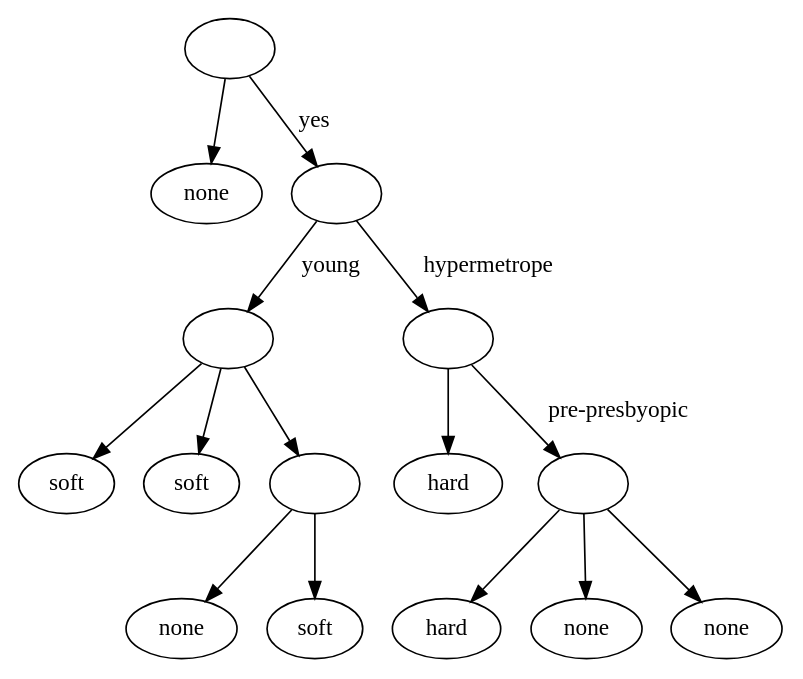
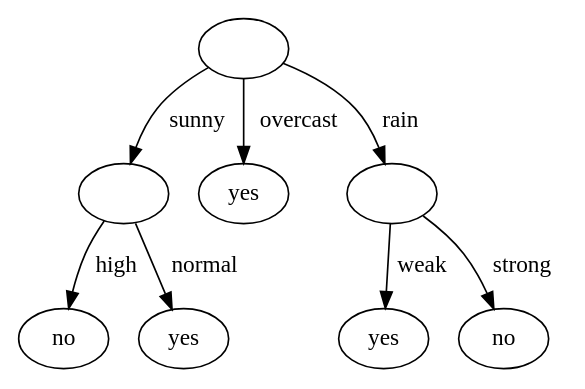
One commit to lelouch01234/decision-tree changed the diagram in output/tree.dot. Above: the diagram before and after it, drawn with Graphviz. The commit also changed 2 other files, not shown here.

```diff
--- a/output/tree.dot
+++ b/output/tree.dot
@@ -1,32 +1,18 @@
 digraph DecisionTree {
 graph [ordering="out"];
   0 [label=""];
-  0 -> 1 [label=" "];
-  1 [label="none"];
-  0 -> 2 [label=" yes"];
-  2 [label=""];
-  2 -> 3 [label=" young"];
-  3 [label=""];
-  3 -> 4 [label=" "];
-  4 [label="soft"];
-  3 -> 5 [label=" "];
-  5 [label="soft"];
-  3 -> 6 [label=" "];
-  6 [label=""];
-  6 -> 7 [label=" "];
-  7 [label="none"];
-  6 -> 8 [label=" "];
-  8 [label="soft"];
-  2 -> 9 [label=" hypermetrope"];
-  9 [label=""];
-  9 -> 10 [label=" "];
-  10 [label="hard"];
-  9 -> 11 [label=" pre-presbyopic"];
-  11 [label=""];
-  11 -> 12 [label=" "];
-  12 [label="hard"];
-  11 -> 13 [label=" "];
-  13 [label="none"];
-  11 -> 14 [label=" "];
-  14 [label="none"];
+  0 -> 1 [label=" sunny"];
+  1 [label=""];
+  1 -> 2 [label=" high"];
+  2 [label="no"];
+  1 -> 3 [label=" normal"];
+  3 [label="yes"];
+  0 -> 4 [label=" overcast"];
+  4 [label="yes"];
+  0 -> 5 [label=" rain"];
+  5 [label=""];
+  5 -> 6 [label=" weak"];
+  6 [label="yes"];
+  5 -> 7 [label=" strong"];
+  7 [label="no"];
 }
```
